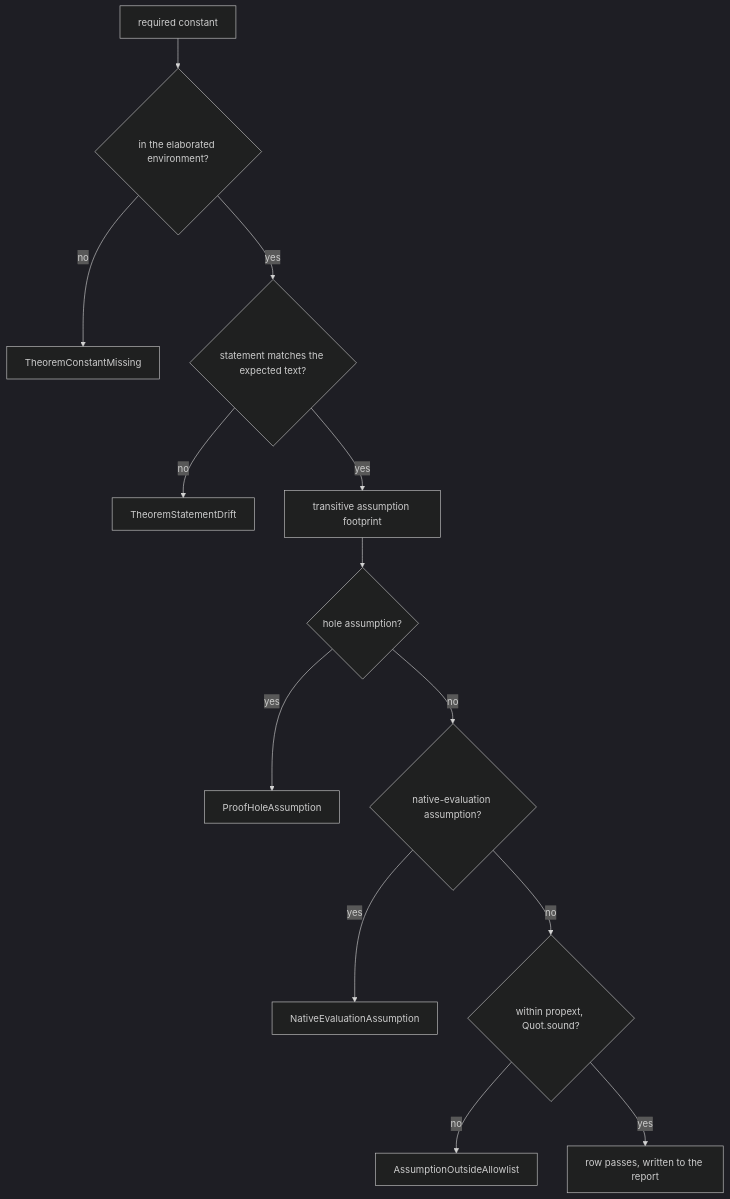
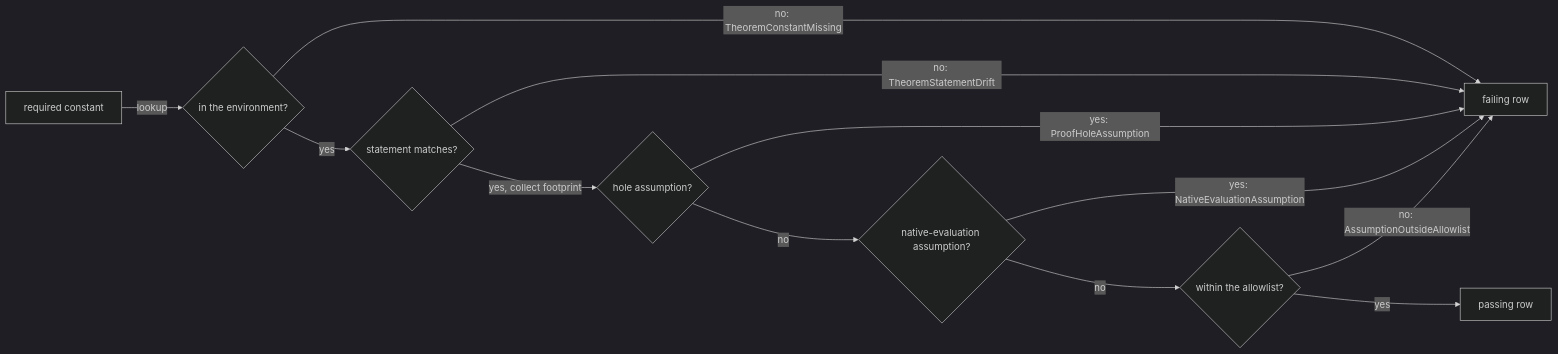
The second of 3 diagrams in spec/80-formal.md (fractalboxdev/contextful), drawn with Mermaid (dark theme) before and after one commit. The commit also changed other lines of this file and 44 other files, not shown here.

First line of the commit message:
spec: diagrams draw entities and flows, and the checker enforces it (#12)

````diff
--- a/spec/80-formal.md
+++ b/spec/80-formal.md
@@ -161,15 +156,14 @@
 ```mermaid
-flowchart TD
-  C["required constant"] --> P{"in the elaborated environment?"}
-  P -- no --> E1["TheoremConstantMissing"]
-  P -- yes --> S{"statement matches the expected text?"}
-  S -- no --> E2["TheoremStatementDrift"]
-  S -- yes --> F["transitive assumption footprint"]
-  F --> H{"hole assumption?"}
-  H -- yes --> E3["ProofHoleAssumption"]
-  H -- no --> N{"native-evaluation assumption?"}
-  N -- yes --> E4["NativeEvaluationAssumption"]
-  N -- no --> A{"within propext, Quot.sound?"}
-  A -- no --> E5["AssumptionOutsideAllowlist"]
-  A -- yes --> OK["row passes, written to the report"]
+flowchart LR
+  C["required constant"] -->|"lookup"| P{"in the environment?"}
+  P -->|"no: TheoremConstantMissing"| X["failing row"]
+  P -->|"yes"| S{"statement matches?"}
+  S -->|"no: TheoremStatementDrift"| X
+  S -->|"yes, collect footprint"| H{"hole assumption?"}
+  H -->|"yes: ProofHoleAssumption"| X
+  H -->|"no"| N{"native-evaluation assumption?"}
+  N -->|"yes: NativeEvaluationAssumption"| X
+  N -->|"no"| A{"within the allowlist?"}
+  A -->|"no: AssumptionOutsideAllowlist"| X
+  A -->|"yes"| OK["passing row"]
 ```
````
